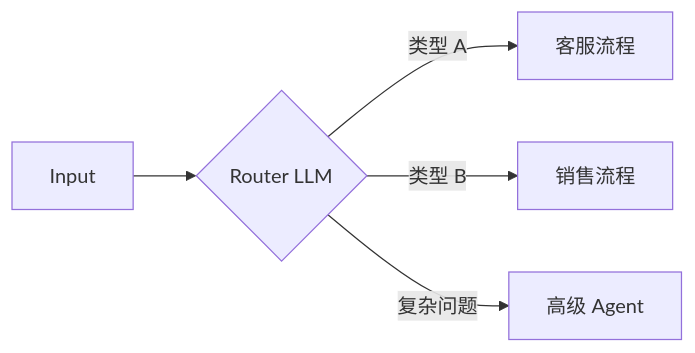
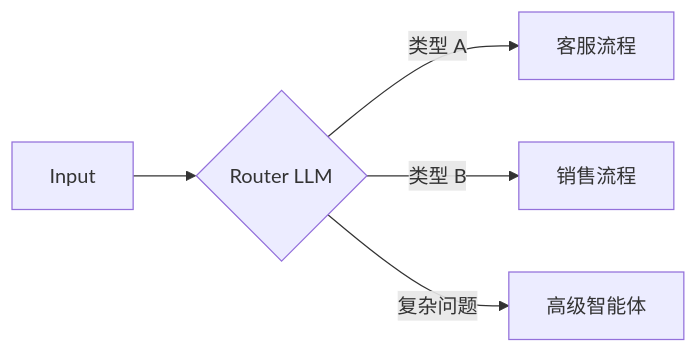
The second of 6 diagrams in 09_agentops/9.1_design_patterns.md (yeasy/agentic_ai_guide), drawn with Mermaid before and after one commit. The commit also changed other lines of this file and 48 other files, not shown here.

````diff
--- a/09_agentops/9.1_design_patterns.md
+++ b/09_agentops/9.1_design_patterns.md
@@ -48,7 +48,7 @@
 ```mermaid
 graph LR
     Input --> Router{Router LLM}
     Router -->|类型 A| HandlerA[客服流程]
     Router -->|类型 B| HandlerB[销售流程]
-    Router -->|复杂问题| HandlerC[高级 Agent]
+    Router -->|复杂问题| HandlerC[高级智能体]
 ```
````
